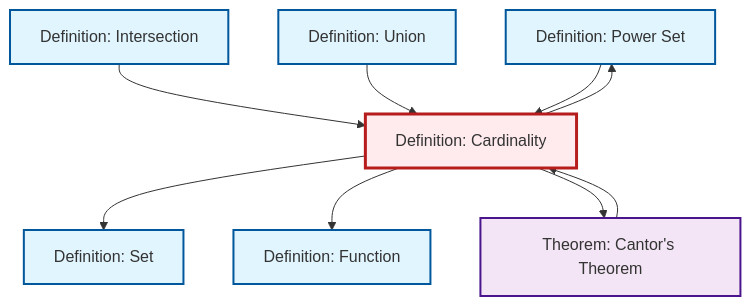
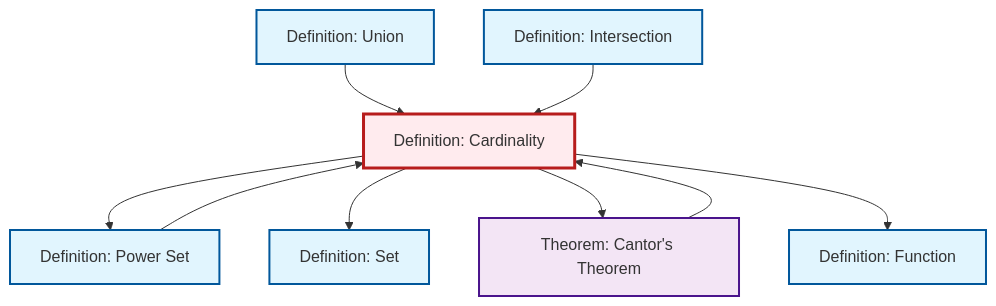
One commit to RK0429/ModernMath changed the diagram in content/ja/logic-set-theory/def-cardinality.qmd. Above: the diagram before and after it, drawn with Mermaid. The commit also changed other lines of this file and 654 other files, not shown here.

````diff
--- a/content/ja/logic-set-theory/def-cardinality.qmd
+++ b/content/ja/logic-set-theory/def-cardinality.qmd
@@ -86,31 +86,31 @@
 ```{mermaid}
 %%| fig-cap: "Local dependency graph"
 graph TD
     classDef definition fill:#e1f5fe,stroke:#01579b,stroke-width:2px
     classDef theorem fill:#f3e5f5,stroke:#4a148c,stroke-width:2px
     classDef axiom fill:#fff3e0,stroke:#e65100,stroke-width:2px
     classDef example fill:#e8f5e9,stroke:#1b5e20,stroke-width:2px
     classDef current fill:#ffebee,stroke:#b71c1c,stroke-width:3px
+    def-set["Definition: Set"]:::definition
+    def-intersection["Definition: Intersection"]:::definition
+    def-cardinality["Definition: Cardinality"]:::definition
     def-power-set["Definition: Power Set"]:::definition
     def-union["Definition: Union"]:::definition
+    def-function["Definition: Function"]:::definition
     thm-cantor["Theorem: Cantor's Theorem"]:::theorem
-    def-function["Definition: Function"]:::definition
-    def-intersection["Definition: Intersection"]:::definition
-    def-set["Definition: Set"]:::definition
-    def-cardinality["Definition: Cardinality"]:::definition
-    thm-cantor --> def-cardinality
+    def-cardinality --> def-power-set
     def-cardinality --> def-set
+    def-union --> def-cardinality
     def-intersection --> def-cardinality
-    def-cardinality --> def-function
-    def-union --> def-cardinality
-    def-cardinality --> def-power-set
     def-cardinality --> thm-cantor
     def-power-set --> def-cardinality
+    def-cardinality --> def-function
+    thm-cantor --> def-cardinality
     class def-cardinality current
+    click def-set "def-set.html" "Definition: Setへ"
+    click def-intersection "def-intersection.html" "Definition: Intersectionへ"
     click def-power-set "def-power-set.html" "Definition: Power Setへ"
     click def-union "def-union.html" "Definition: Unionへ"
+    click def-function "def-function.html" "Definition: Functionへ"
     click thm-cantor "thm-cantor.html" "Theorem: Cantor's Theoremへ"
-    click def-function "def-function.html" "Definition: Functionへ"
-    click def-intersection "def-intersection.html" "Definition: Intersectionへ"
-    click def-set "def-set.html" "Definition: Setへ"
 ```
````
